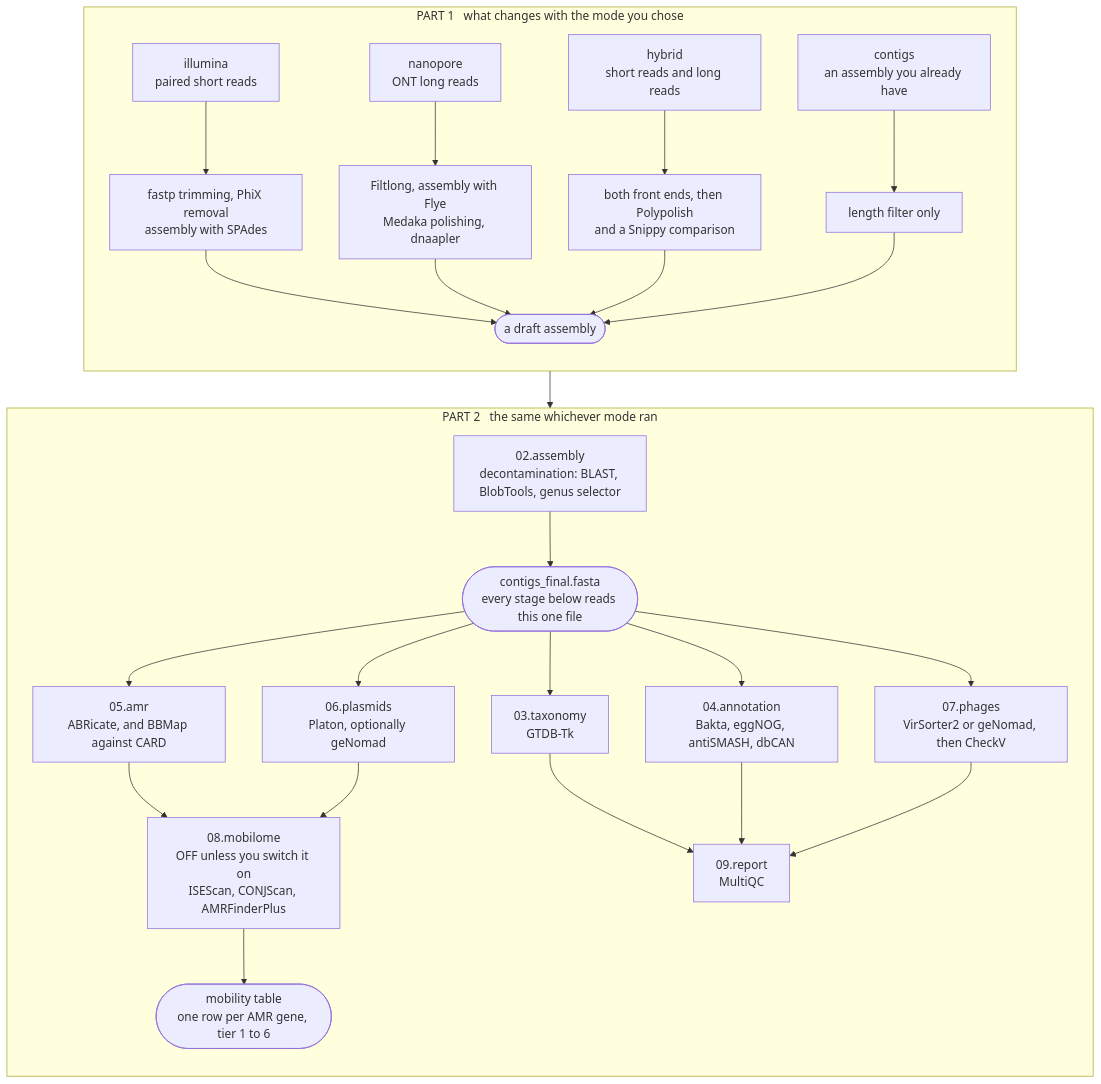
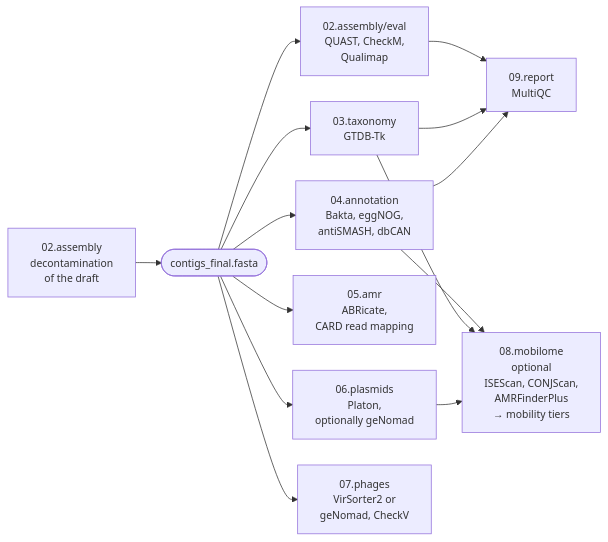
The second of 3 diagrams in docs/architecture.md (iLivius/BacFlux), drawn with Mermaid before and after one commit. The commit also changed other lines of this file and 43 other files, not shown here.

````diff
--- a/docs/architecture.md
+++ b/docs/architecture.md
@@ -21,59 +47,24 @@
 ```mermaid
-flowchart TD
-    subgraph P1["PART 1 &nbsp; what changes with the mode you chose"]
-        direction TB
-        I[illumina<br/>paired short reads]
-        N[nanopore<br/>ONT long reads]
-        H[hybrid<br/>short reads and long reads]
-        C[contigs<br/>an assembly you already have]
-
-        IF[fastp trimming, PhiX removal<br/>assembly with SPAdes]
-        NF[Filtlong, assembly with Flye<br/>Medaka polishing, dnaapler]
-        HF[both front ends, then Polypolish<br/>and a Snippy comparison]
-        CF[length filter only]
-
-        I --> IF
-        N --> NF
-        H --> HF
-        C --> CF
-
-        DRAFT([a draft assembly])
-        IF --> DRAFT
-        NF --> DRAFT
-        HF --> DRAFT
-        CF --> DRAFT
-    end
-
-    subgraph P2["PART 2 &nbsp; the same whichever mode ran"]
-        direction TB
-        DECON[02.assembly<br/>decontamination: BLAST, BlobTools, genus selector]
-        FINAL([contigs_final.fasta<br/>every stage below reads this one file])
-        DECON --> FINAL
-
-        TAX[03.taxonomy<br/>GTDB-Tk]
-        ANN[04.annotation<br/>Bakta, eggNOG, antiSMASH, dbCAN]
-        AMR[05.amr<br/>ABRicate, and BBMap against CARD]
-        PLA[06.plasmids<br/>Platon, optionally geNomad]
-        PHA[07.phages<br/>VirSorter2 or geNomad, then CheckV]
-        REP[09.report<br/>MultiQC]
-
-        FINAL --> TAX
-        FINAL --> ANN
-        FINAL --> AMR
-        FINAL --> PLA
-        FINAL --> PHA
-
-        MOB[08.mobilome<br/>OFF unless you switch it on<br/>ISEScan, CONJScan, AMRFinderPlus]
-        LADDER([mobility table<br/>one row per AMR gene, tier 1 to 6])
-
-        AMR --> MOB
-        PLA --> MOB
-        MOB --> LADDER
-
-        TAX --> REP
-        ANN --> REP
-        PHA --> REP
-    end
-
-    DRAFT --> DECON
+---
+config:
+  themeVariables:
+    fontSize: 14px
+  flowchart:
+    nodeSpacing: 35
+    rankSpacing: 35
+---
+flowchart LR
+    DECON[02.assembly<br/>decontamination<br/>of the draft] --> FINAL([contigs_final.fasta])
+    FINAL --> QC[02.assembly/eval<br/>QUAST, CheckM,<br/>Qualimap]
+    FINAL --> TAX[03.taxonomy<br/>GTDB-Tk]
+    FINAL --> ANN[04.annotation<br/>Bakta, eggNOG,<br/>antiSMASH, dbCAN]
+    FINAL --> AMR[05.amr<br/>ABRicate,<br/>CARD read mapping]
+    FINAL --> PLA[06.plasmids<br/>Platon,<br/>optionally geNomad]
+    FINAL --> PHA[07.phages<br/>VirSorter2 or<br/>geNomad, CheckV]
+    ANN --> MOB[08.mobilome<br/>optional<br/>ISEScan, CONJScan,<br/>AMRFinderPlus<br/>→ mobility tiers]
+    TAX --> MOB
+    PLA --> MOB
+    QC --> REP[09.report<br/>MultiQC]
+    TAX --> REP
+    ANN --> REP
 ```
````
